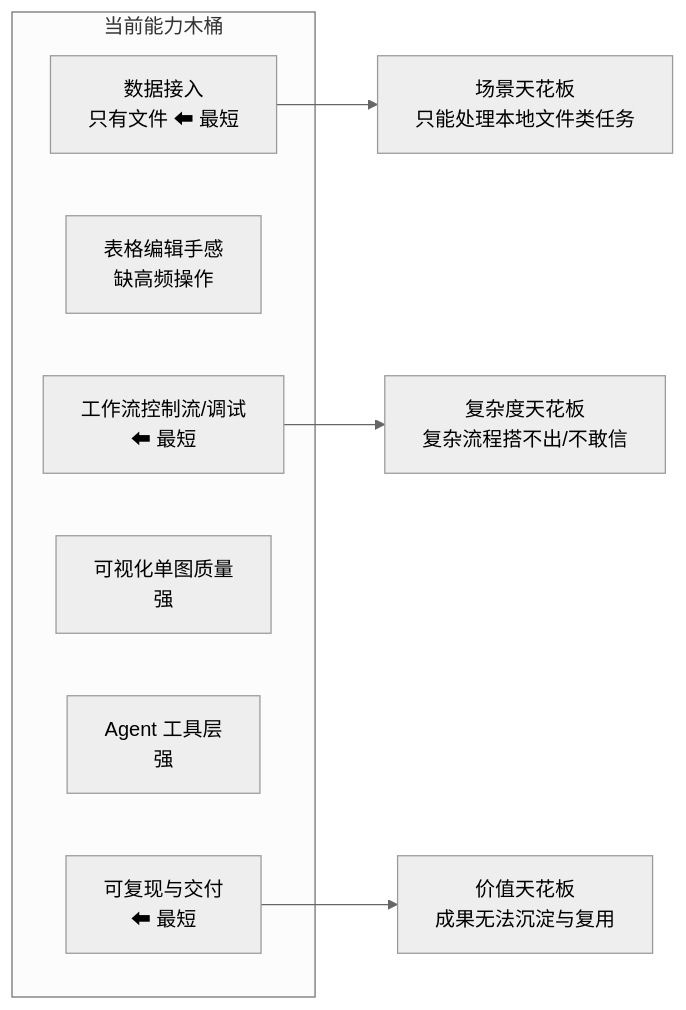
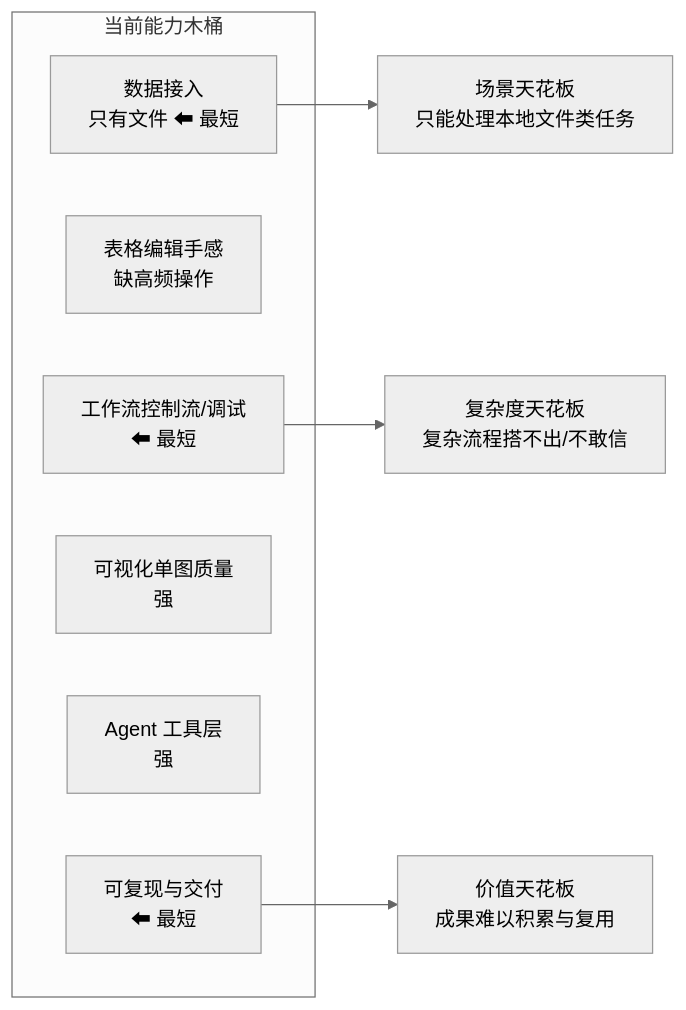
The fifth of 16 diagrams in docs/zh/roadmap.md (czyt1988/data-workbench), drawn with Mermaid (neutral theme) before and after one commit. The commit also changed other lines of this file, not shown here.

First line of the commit message:
docs(路线图): 去掉 AI 腔、表情符号与星号评分

````diff
--- a/docs/zh/roadmap.md
+++ b/docs/zh/roadmap.md
@@ -376,14 +376,14 @@
 ```mermaid
 flowchart LR
     subgraph Bucket["当前能力木桶"]
         A["数据接入<br/>只有文件 ⬅ 最短"]
         B["表格编辑手感<br/>缺高频操作"]
         C["工作流控制流/调试<br/>⬅ 最短"]
         D["可视化单图质量<br/>强"]
         E["Agent 工具层<br/>强"]
         F["可复现与交付<br/>⬅ 最短"]
     end
     A --> G["场景天花板<br/>只能处理本地文件类任务"]
     C --> H["复杂度天花板<br/>复杂流程搭不出/不敢信"]
-    F --> I["价值天花板<br/>成果无法沉淀与复用"]
+    F --> I["价值天花板<br/>成果难以积累与复用"]
 ```
````
